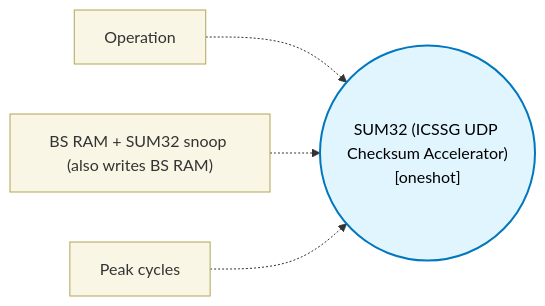
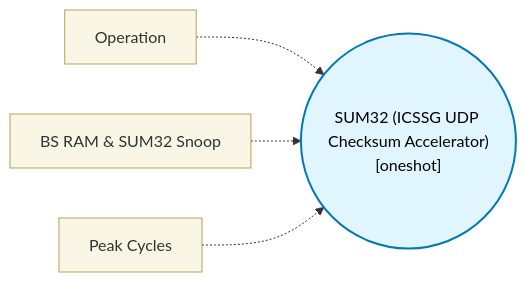
One commit to TexasInstruments/pru-no-code-tool changed the diagram in docs/block-reference/blocks/sum32_block/design.md. Above: the diagram before and after it, drawn with Mermaid. The commit also changed other lines of this file and 89 other files, not shown here.

````diff
--- a/docs/block-reference/blocks/sum32_block/design.md
+++ b/docs/block-reference/blocks/sum32_block/design.md
@@ -11,9 +11,9 @@
 ```mermaid
 flowchart LR
   classDef config fill:#f9f6e5,stroke:#b1a457,stroke-width:1px,color:#333;
   classDef core fill:#e1f5fe,stroke:#0277bd,stroke-width:2px,color:#000;
   CORE(("SUM32 (ICSSG UDP Checksum Accelerator)\n[oneshot]")):::core
   CFG0["Operation"]:::config -.-> CORE
-  CFG1["BS RAM + SUM32 snoop (also writes BS RAM)"]:::config -.-> CORE
-  CFG2["Peak cycles"]:::config -.-> CORE
+  CFG1["BS RAM & SUM32 Snoop"]:::config -.-> CORE
+  CFG2["Peak Cycles"]:::config -.-> CORE
 ```
````
